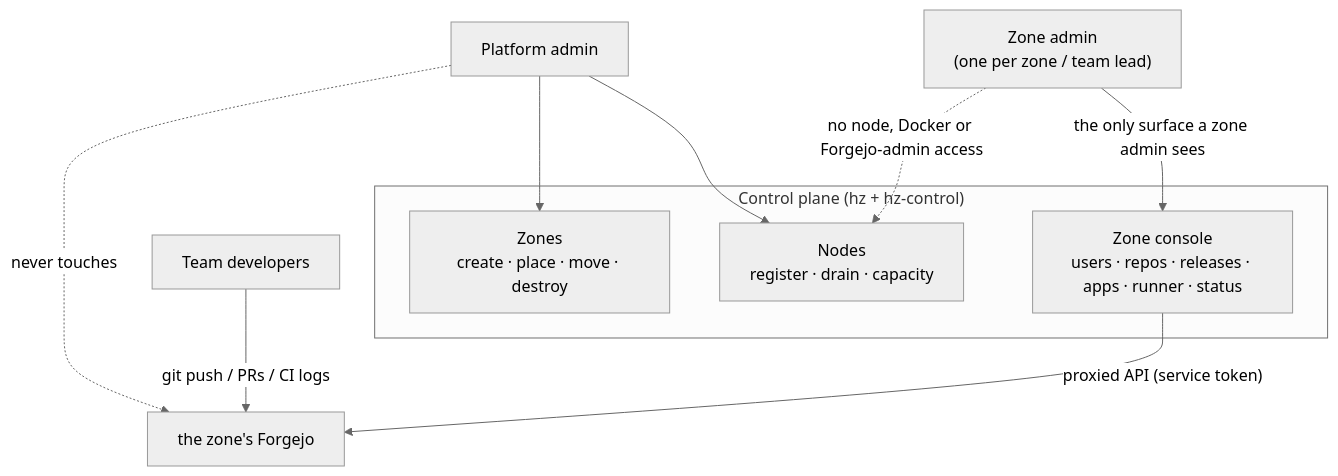
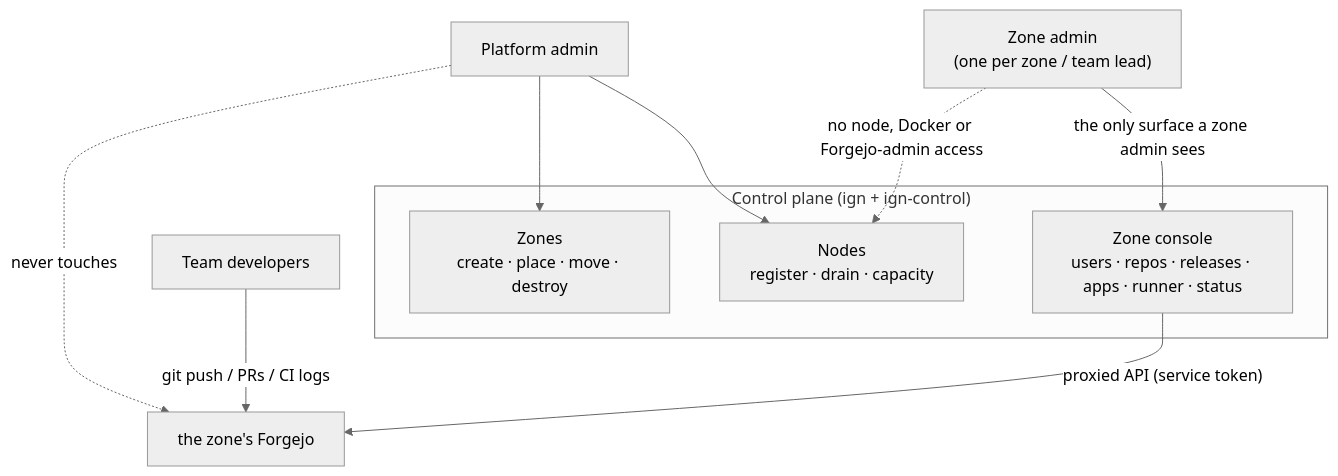
One commit to johnjoeallen/ignition changed the diagram in docs/roles.md. Above: the diagram before and after it, drawn with Mermaid (neutral theme). The commit also changed other lines of this file and 19 other files, not shown here.

````diff
--- a/docs/roles.md
+++ b/docs/roles.md
@@ -5,21 +5,21 @@
 ```mermaid
 flowchart TB
     pa["Platform admin"]
     za["Zone admin<br/>(one per zone / team lead)"]
     dev["Team developers"]
 
-    subgraph cp["Control plane (hz + hz-control)"]
+    subgraph cp["Control plane (ign + ign-control)"]
         nodes["Nodes<br/>register · drain · capacity"]
         zones["Zones<br/>create · place · move · destroy"]
         zoneconsole["Zone console<br/>users · repos · releases · apps · runner · status"]
     end
 
     pa --> nodes
     pa --> zones
     za -->|"the only surface a zone admin sees"| zoneconsole
     zoneconsole -->|"proxied API (service token)"| forgejo["the zone's Forgejo"]
     dev -->|"git push / PRs / CI logs"| forgejo
 
     pa -. "never touches" .-> forgejo
     za -. "no node, Docker or Forgejo-admin access" .-> nodes
 ```
````
